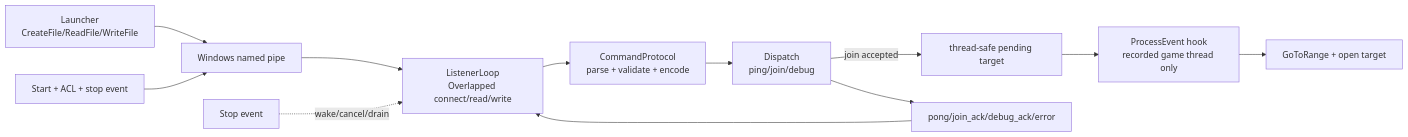
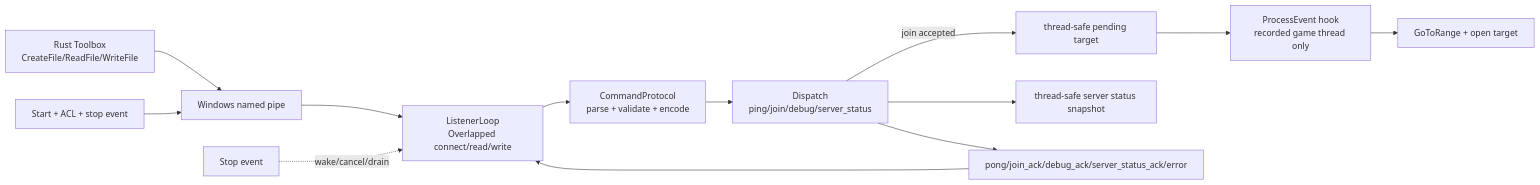
The diagram in docs/architecture/command-framework-code-analysis.md (Dubnium-105/ProjectRebound), drawn with Mermaid before and after one commit. The commit also changed other lines of this file and 260 other files, not shown here.

Commit message:
Add toolbox server status command

````diff
--- a/docs/architecture/command-framework-code-analysis.md
+++ b/docs/architecture/command-framework-code-analysis.md
@@ -32,14 +32,15 @@
 ```mermaid
 flowchart LR
-    L["Launcher\nCreateFile/ReadFile/WriteFile"] --> K["Windows named pipe"]
+    L["Rust Toolbox\nCreateFile/ReadFile/WriteFile"] --> K["Windows named pipe"]
     S["Start + ACL + stop event"] --> K
     K --> IO["ListenerLoop\nOverlapped connect/read/write"]
     IO --> P["CommandProtocol\nparse + validate + encode"]
-    P --> D["Dispatch\nping/join/debug"]
+    P --> D["Dispatch\nping/join/debug/server_status"]
     D -->|"join accepted"| Q["thread-safe pending target"]
     Q --> H["ProcessEvent hook\nrecorded game thread only"]
     H --> U["GoToRange + open target"]
-    D --> R["pong/join_ack/debug_ack/error"]
+    D --> SS["thread-safe server status snapshot"]
+    D --> R["pong/join_ack/debug_ack/server_status_ack/error"]
     R --> IO
     E["Stop event"] -. "wake/cancel/drain" .-> IO
 ```
````
